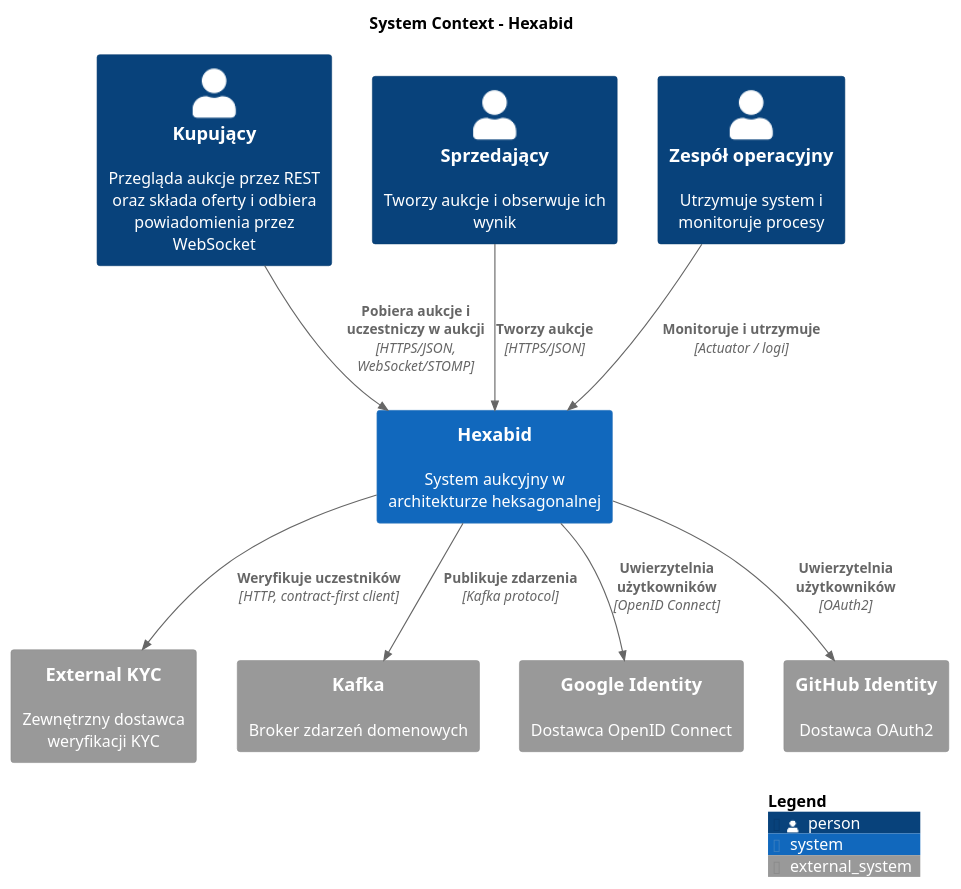
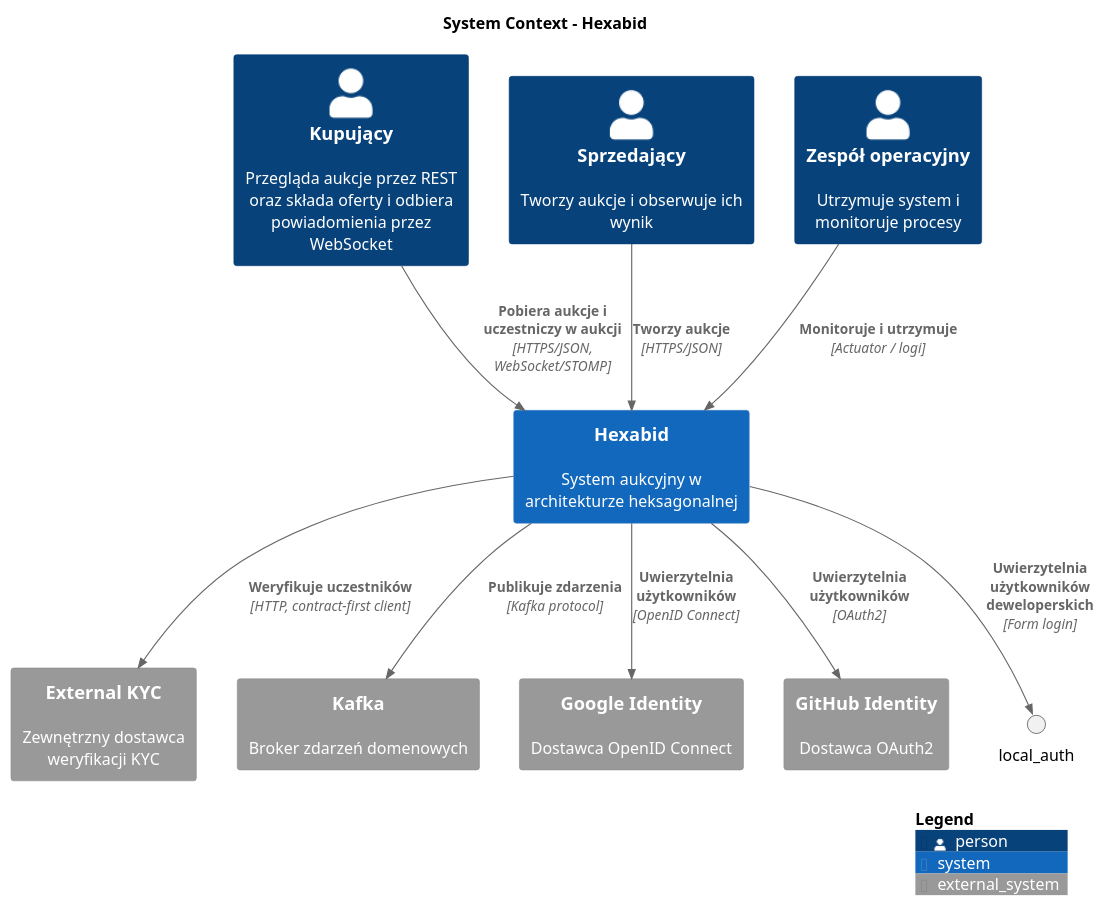
The first of 3 diagrams in hexabid/doc/architecture-c4.adoc (mikoreg/sandbox), drawn with PlantUML before and after one commit. The commit also changed other lines of this file and 134 other files, not shown here.

```diff
--- a/hexabid/doc/architecture-c4.adoc
+++ b/hexabid/doc/architecture-c4.adoc
@@ -29,29 +29,30 @@
 [plantuml, c4-system-context, png]
 ....
 !includeurl https://raw.githubusercontent.com/plantuml-stdlib/C4-PlantUML/master/C4_Context.puml
 
 title System Context - Hexabid
 skinparam defaultFontName Noto Sans
 
 LAYOUT_WITH_LEGEND()
 
 Person(buyer, "Kupujący", "Przegląda aukcje przez REST oraz składa oferty i odbiera powiadomienia przez WebSocket")
 Person(seller, "Sprzedający", "Tworzy aukcje i obserwuje ich wynik")
 Person(operations, "Zespół operacyjny", "Utrzymuje system i monitoruje procesy")
 
 System(hexabid, "Hexabid", "System aukcyjny w architekturze heksagonalnej")
 System_Ext(kyc, "External KYC", "Zewnętrzny dostawca weryfikacji KYC")
 System_Ext(kafka, "Kafka", "Broker zdarzeń domenowych")
 System_Ext(google, "Google Identity", "Dostawca OpenID Connect")
 System_Ext(github, "GitHub Identity", "Dostawca OAuth2")
 
 Rel(seller, hexabid, "Tworzy aukcje", "HTTPS/JSON")
 Rel(buyer, hexabid, "Pobiera aukcje i uczestniczy w aukcji", "HTTPS/JSON, WebSocket/STOMP")
 Rel(operations, hexabid, "Monitoruje i utrzymuje", "Actuator / logi")
 Rel(hexabid, kyc, "Weryfikuje uczestników", "HTTP, contract-first client")
 Rel(hexabid, kafka, "Publikuje zdarzenia", "Kafka protocol")
 Rel(hexabid, google, "Uwierzytelnia użytkowników", "OpenID Connect")
 Rel(hexabid, github, "Uwierzytelnia użytkowników", "OAuth2")
+Rel(hexabid, local_auth, "Uwierzytelnia użytkowników deweloperskich", "Form login")
 
 SHOW_LEGEND()
 ....
```
